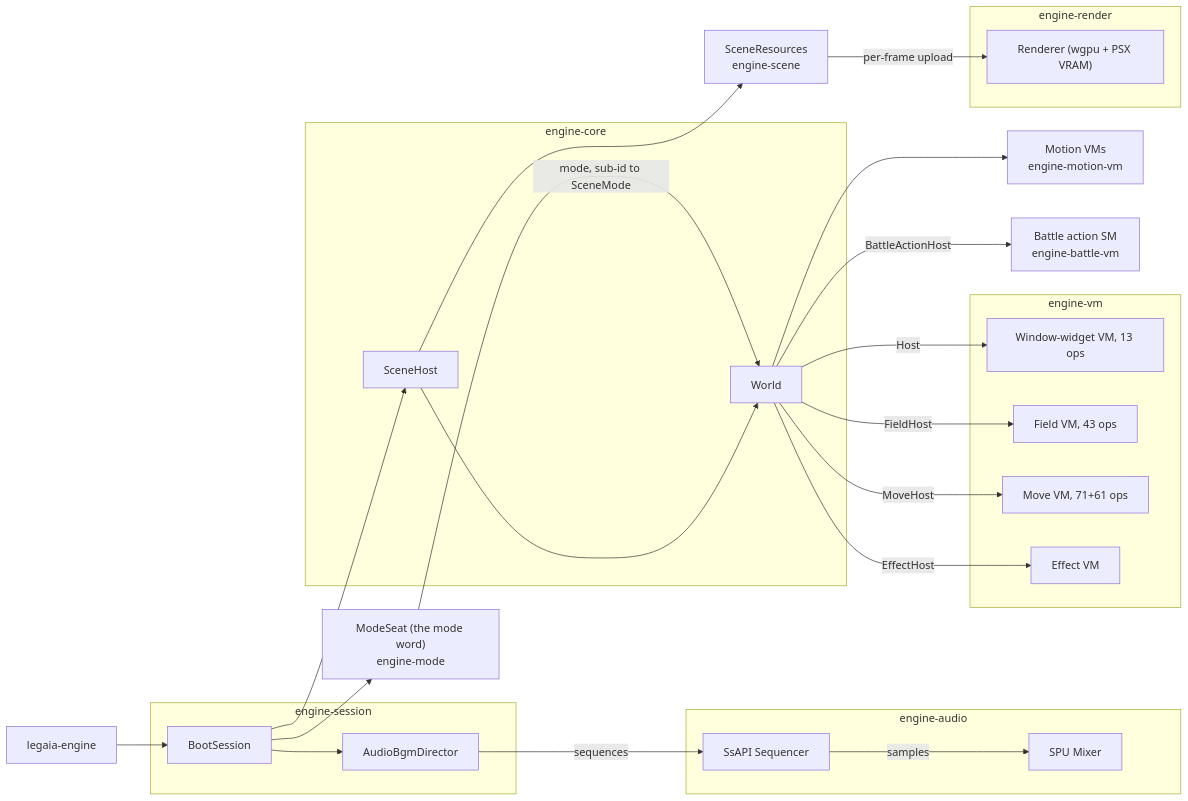
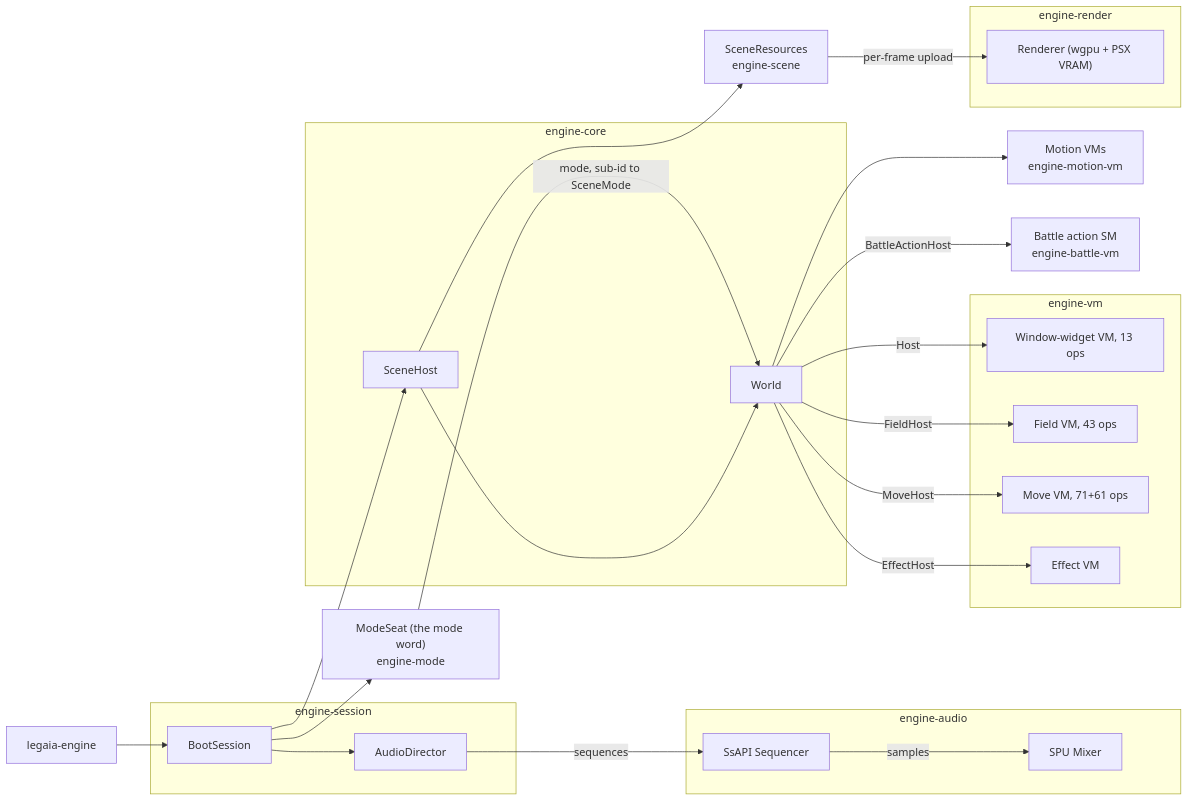
One commit to AndrewAltimit/legend-of-legaia-re changed the fourth of 4 diagrams in docs/subsystems/engine.md. Above: the diagram before and after it, drawn with Mermaid. The commit also changed other lines of this file and 164 other files, not shown here.

````diff
--- a/docs/subsystems/engine.md
+++ b/docs/subsystems/engine.md
@@ -338,53 +339,53 @@
 ```mermaid
 graph LR
     BIN["legaia-engine"]
 
     subgraph session ["engine-session"]
         BS["BootSession"]
-        BGM["AudioBgmDirector"]
+        BGM["AudioDirector"]
     end
 
     subgraph core ["engine-core"]
         SH["SceneHost"]
         W["World"]
     end
 
     MD["ModeSeat (the mode word)<br/>engine-mode"]
     SR["SceneResources<br/>engine-scene"]
 
     subgraph vm ["engine-vm"]
         AVM["Window-widget VM, 13 ops"]
         FVM["Field VM, 43 ops"]
         MVM["Move VM, 71+61 ops"]
         EVM["Effect VM"]
     end
 
     MotVM["Motion VMs<br/>engine-motion-vm"]
     BSM["Battle action SM<br/>engine-battle-vm"]
 
     subgraph ren ["engine-render"]
         REN["Renderer (wgpu + PSX VRAM)"]
     end
 
     subgraph au ["engine-audio"]
         SEQ["SsAPI Sequencer"]
         SPU["SPU Mixer"]
     end
 
     BIN --> BS
     BS --> MD
     BS --> BGM
     BS --> SH
     MD -->|"mode, sub-id to SceneMode"| W
     SH --> W
     SH --> SR
     W -->|Host| AVM
     W -->|FieldHost| FVM
     W -->|MoveHost| MVM
     W --> MotVM
     W -->|EffectHost| EVM
     W -->|BattleActionHost| BSM
     SR -->|"per-frame upload"| REN
     BGM -->|sequences| SEQ
     SEQ -->|samples| SPU
 ```
````
